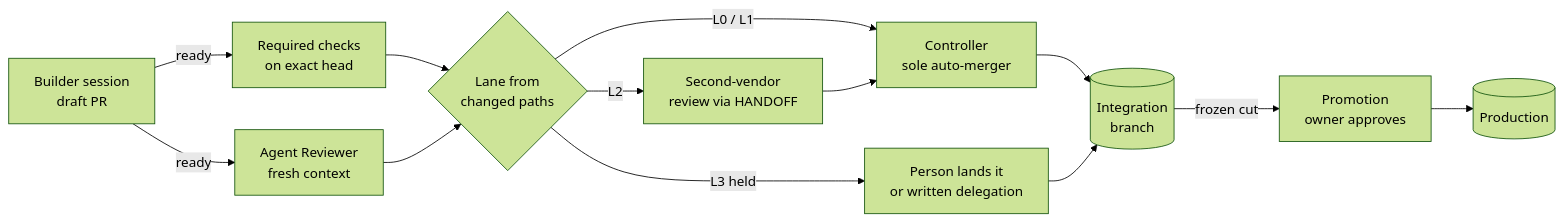
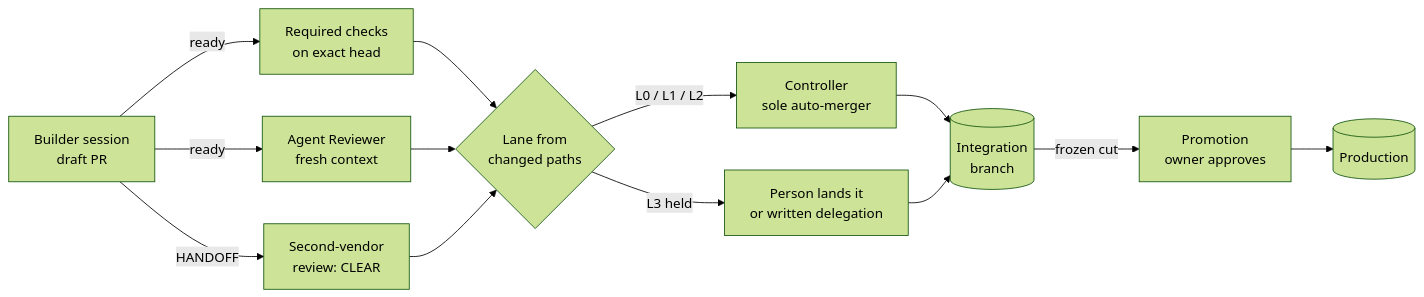
The diagram in shipping/README.md (SVRN-AGNT/Dale-OS), drawn with Mermaid (forest theme) before and after one commit. The commit also changed other lines of this file and 9 other files, not shown here.

First line of the commit message:
Correct the second-vendor scope in shipping/: every PR, narrowing pending

````diff
--- a/shipping/README.md
+++ b/shipping/README.md
@@ -50,13 +52,14 @@
 ```mermaid
 flowchart LR
   B[Builder session<br/>draft PR] -->|ready| CI[Required checks<br/>on exact head]
   B -->|ready| AR[Agent Reviewer<br/>fresh context]
+  B -->|HANDOFF| PM[Second-vendor<br/>review: CLEAR]
   CI --> L{Lane from<br/>changed paths}
   AR --> L
-  L -->|L0 / L1| C[Controller<br/>sole auto-merger]
-  L -->|L2| PM[Second-vendor<br/>review via HANDOFF] --> C
+  PM --> L
+  L -->|L0 / L1 / L2| C[Controller<br/>sole auto-merger]
   L -->|L3 held| H[Person lands it<br/>or written delegation]
   C --> I[(Integration<br/>branch)]
   H --> I
   I -->|frozen cut| P[Promotion<br/>owner approves] --> PROD[(Production)]
 ```
````
